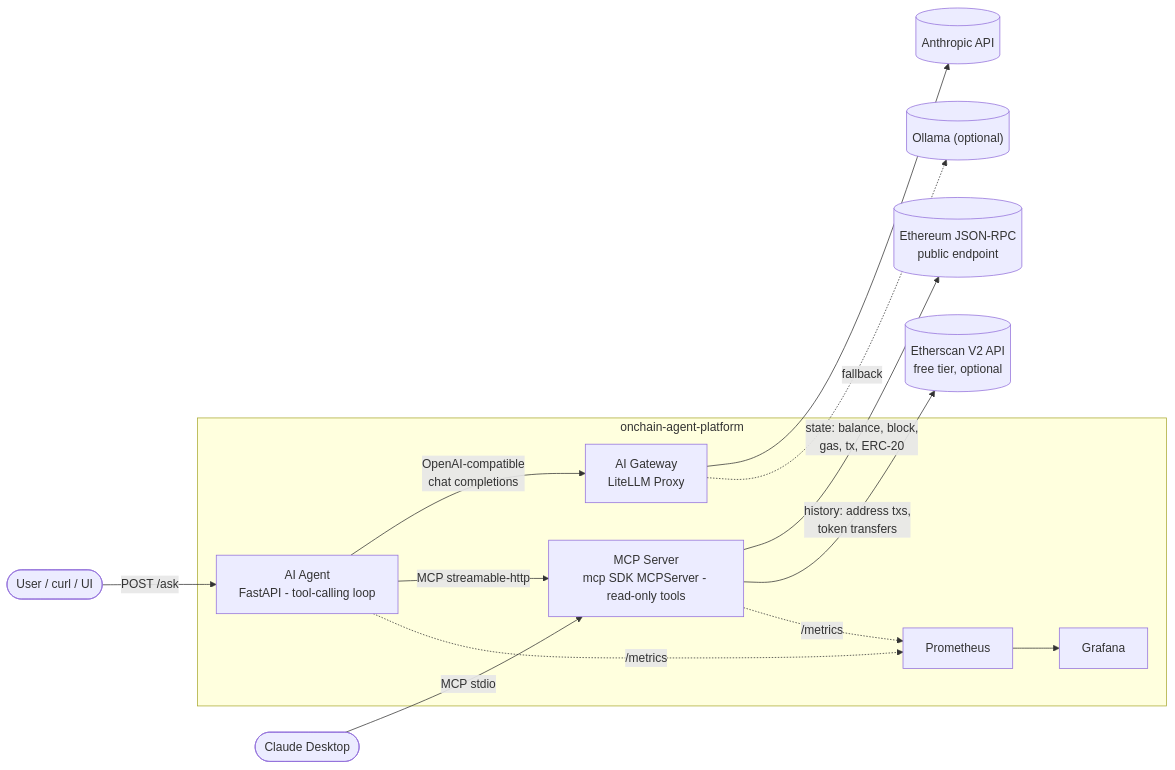
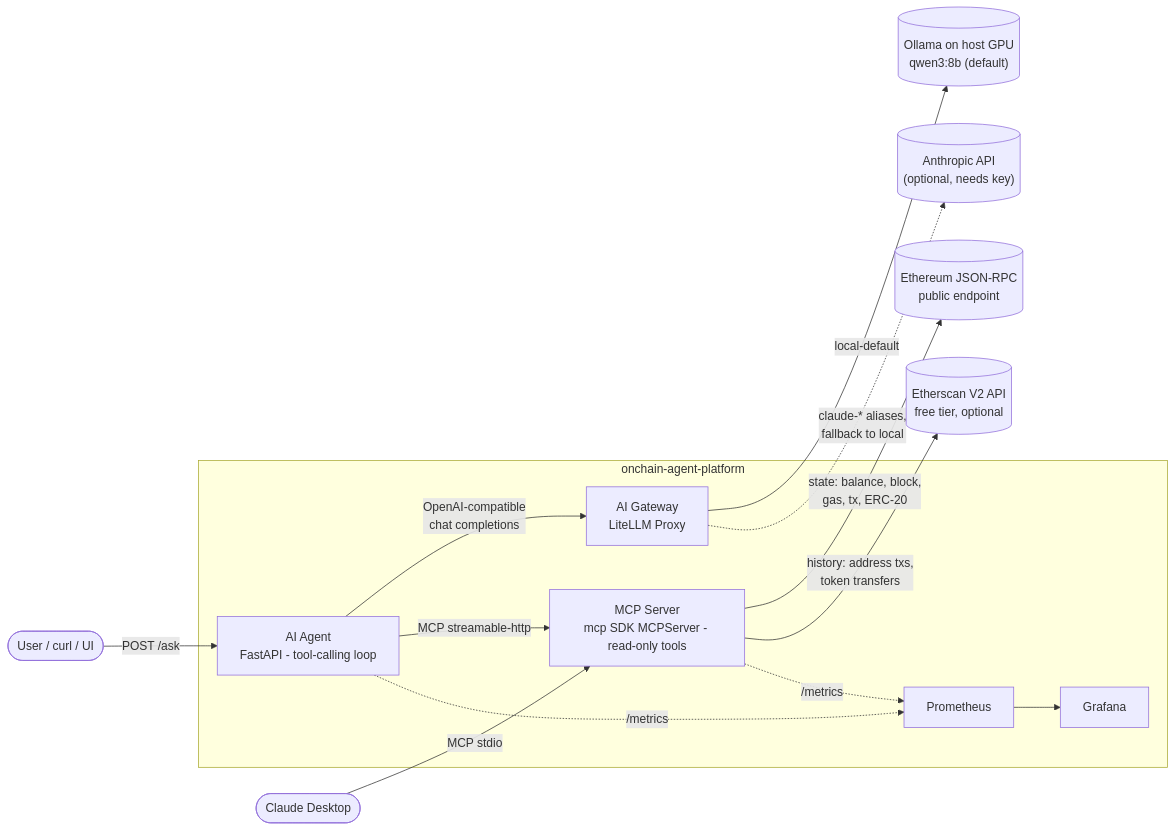
One commit to yunoim/onchain-agent-platform changed the first of 3 diagrams in docs/ARCHITECTURE.md. Above: the diagram before and after it, drawn with Mermaid. The commit also changed other lines of this file and 27 other files, not shown here.

````diff
--- a/docs/ARCHITECTURE.md
+++ b/docs/ARCHITECTURE.md
@@ -23,30 +23,30 @@
 ```mermaid
 flowchart LR
     user([User / curl / UI])
     claude([Claude Desktop])
 
     subgraph platform["onchain-agent-platform"]
         agent["AI Agent<br/>FastAPI - tool-calling loop"]
         gw["AI Gateway<br/>LiteLLM Proxy"]
         mcp["MCP Server<br/>mcp SDK MCPServer - read-only tools"]
         prom["Prometheus"]
         graf["Grafana"]
     end
 
-    anthropic[("Anthropic API")]
-    ollama[("Ollama (optional)")]
+    ollama[("Ollama on host GPU<br/>qwen3:8b (default)")]
+    anthropic[("Anthropic API<br/>(optional, needs key)")]
     rpc[("Ethereum JSON-RPC<br/>public endpoint")]
     scan[("Etherscan V2 API<br/>free tier, optional")]
 
     user -->|"POST /ask"| agent
     agent -->|"OpenAI-compatible<br/>chat completions"| gw
-    gw --> anthropic
-    gw -.->|fallback| ollama
+    gw -->|local-default| ollama
+    gw -.->|claude-* aliases,<br/>fallback to local| anthropic
     agent -->|"MCP streamable-http"| mcp
     claude -->|"MCP stdio"| mcp
     mcp -->|"state: balance, block,<br/>gas, tx, ERC-20"| rpc
     mcp -->|"history: address txs,<br/>token transfers"| scan
     agent -.->|/metrics| prom
     mcp -.->|/metrics| prom
     prom --> graf
 ```
````
